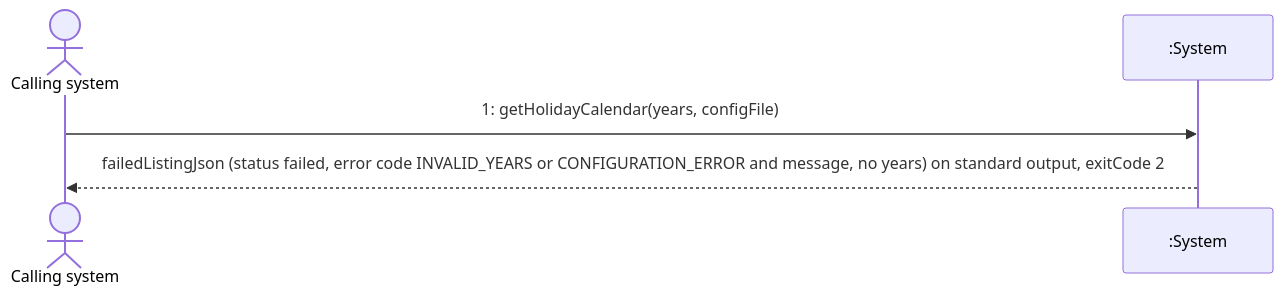
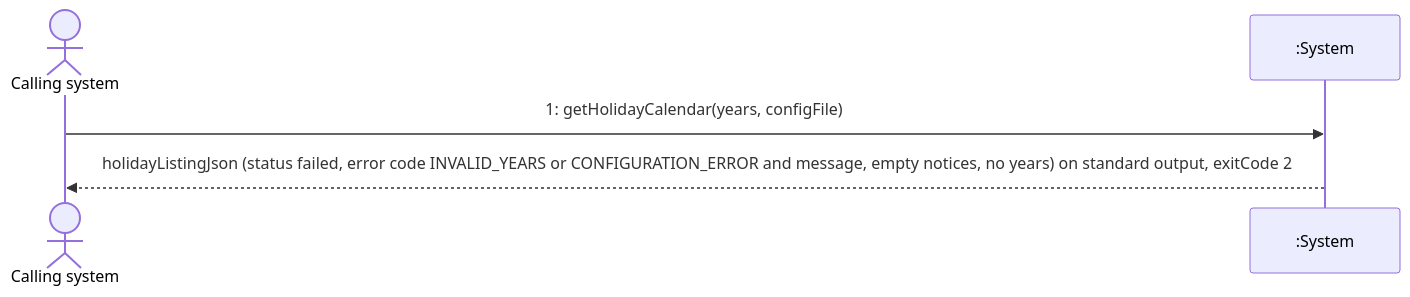
One commit to NF-Hotel/Notebook_Market_Analysis changed diagram 13 of 26 in docs/ssd.md. Above: the diagram before and after it, drawn with Mermaid. The commit also changed other lines of this file and 43 other files, not shown here.

````diff
--- a/docs/ssd.md
+++ b/docs/ssd.md
@@ -280,7 +281,7 @@
 ```mermaid
 sequenceDiagram
     actor C as Calling system
     participant S as :System
     C->>S: 1: getHolidayCalendar(years, configFile)
-    S-->>C: failedListingJson (status failed, error code INVALID_YEARS or CONFIGURATION_ERROR and message, no years) on standard output, exitCode 2
+    S-->>C: holidayListingJson (status failed, error code INVALID_YEARS or CONFIGURATION_ERROR and message, empty notices, no years) on standard output, exitCode 2
 ```
````
